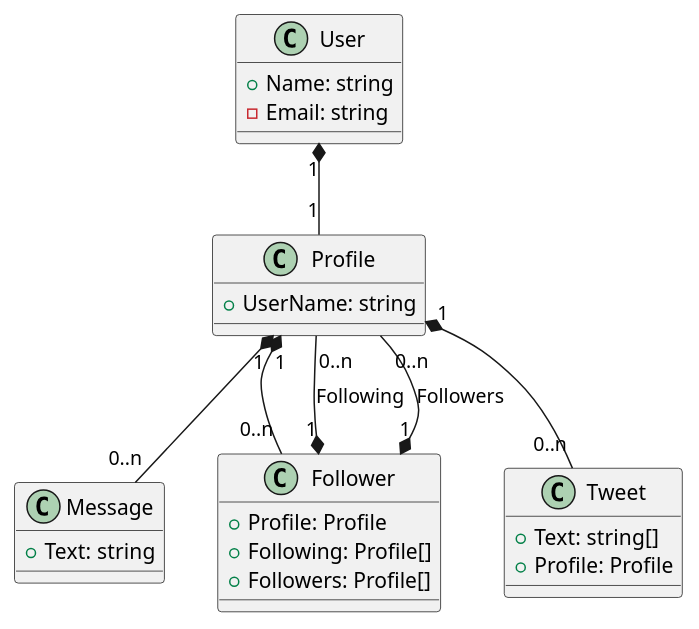
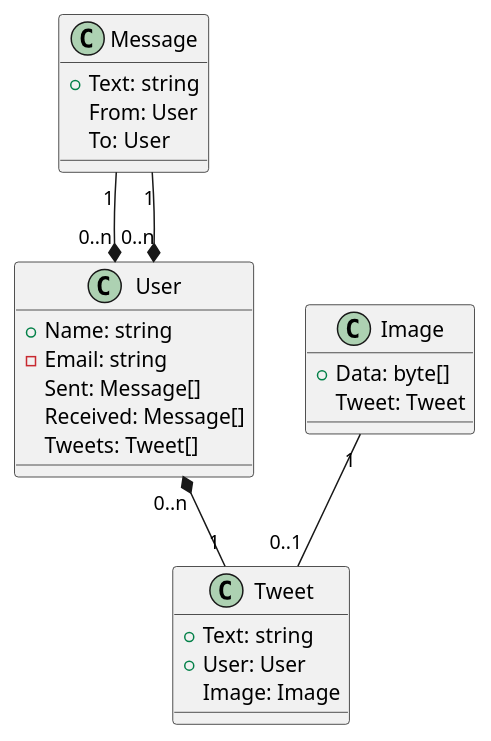
The diagram in Source/EtAlii.Generators.EntityFrameworkCore.Tests/EntityModels/SimpleEntityModel.puml (vrenken/EtAlii.Generators), drawn with PlantUML before and after one commit. The commit also changed 8 other files, not shown here.

```diff
--- a/Source/EtAlii.Generators.EntityFrameworkCore.Tests/EntityModels/SimpleEntityModel.puml
+++ b/Source/EtAlii.Generators.EntityFrameworkCore.Tests/EntityModels/SimpleEntityModel.puml
@@ -1,57 +1,55 @@
 @startuml
 
 'efcore namespace EtAlii.Generators.EntityFrameworkCore.Tests
 'efcore using EtAlii.Generators.EntityFrameworkCore.Tests.Nested
 'efcore entity EntityBase
 'efcore dbcontext SimpleEntityModelDbContextBase
 'efcore interface ISimpleEntityModelDbContext
 
-'efcore map 'Profile' 'User'
-User "1" *-- "1" Profile
-'efcore map 'Message' 'Profile'
-Profile "1" *-- "0..n" Message
-'efcore map 'Follower' 'Profile'
-Profile "1" *-- "0..n" Follower
-'efcore map 'Tweet' 'Profile'
-Profile "1" *-- "0..n" Tweet
+'efcore map 'From' 'Sent'
+Message "1" --* "0..n" User
 
-Follower "1" *-- "0..n" Profile : Following
-Follower "1" *-- "0..n" Profile : Followers
+'efcore map 'To' 'Received'
+Message "1" --* "0..n" User
+
+'efcore map 'Tweets' 'User'
+User "0..n" *-- "1" Tweet
+
+'efcore map 'Tweet' 'Image'
+Image "1" -- "0..1" Tweet
 
 'efcore map 'Users'
 class User
 {
     +Name: string
     -Email: string
-}
-
-'efcore map 'Profiles'
-class Profile
-{
-    +UserName: string
+    Sent: Message[]
+    Received: Message[]
+    Tweets: Tweet[]
 }
 
 'efcore map 'Messages'
 class Message {
-+Text: string
-}
-
-
-'efcore map 'Followers'
-class Follower{
-+Profile: Profile
-+Following: Profile[]
-+Followers: Profile[]
+    +Text: string
+    From: User
+    To: User
 }
 
 'efcore map 'Tweets'
 class Tweet{
-+Text: string[]
-+Profile: Profile
++Text: string
++User: User
+Image: Image
+}
+
+'efcore map 'Images'
+class Image{
++Data: byte[]
+Tweet: Tweet
 }
 
 'note left of User::Email
 'The email address of the user
 'end note
 
 @enduml
```
